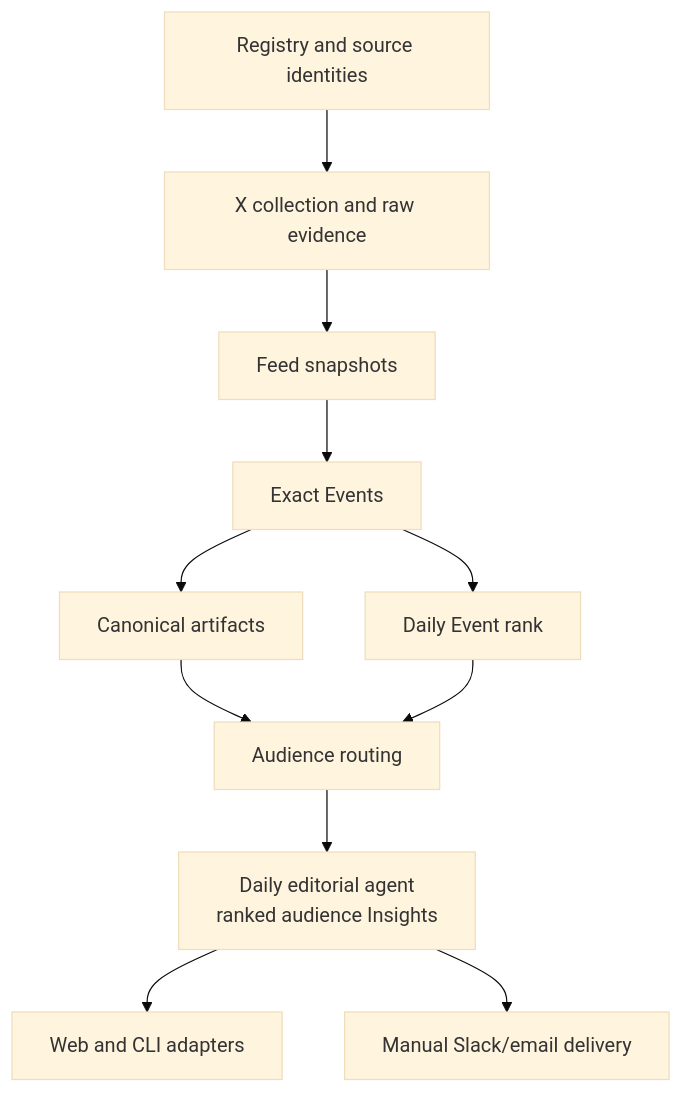
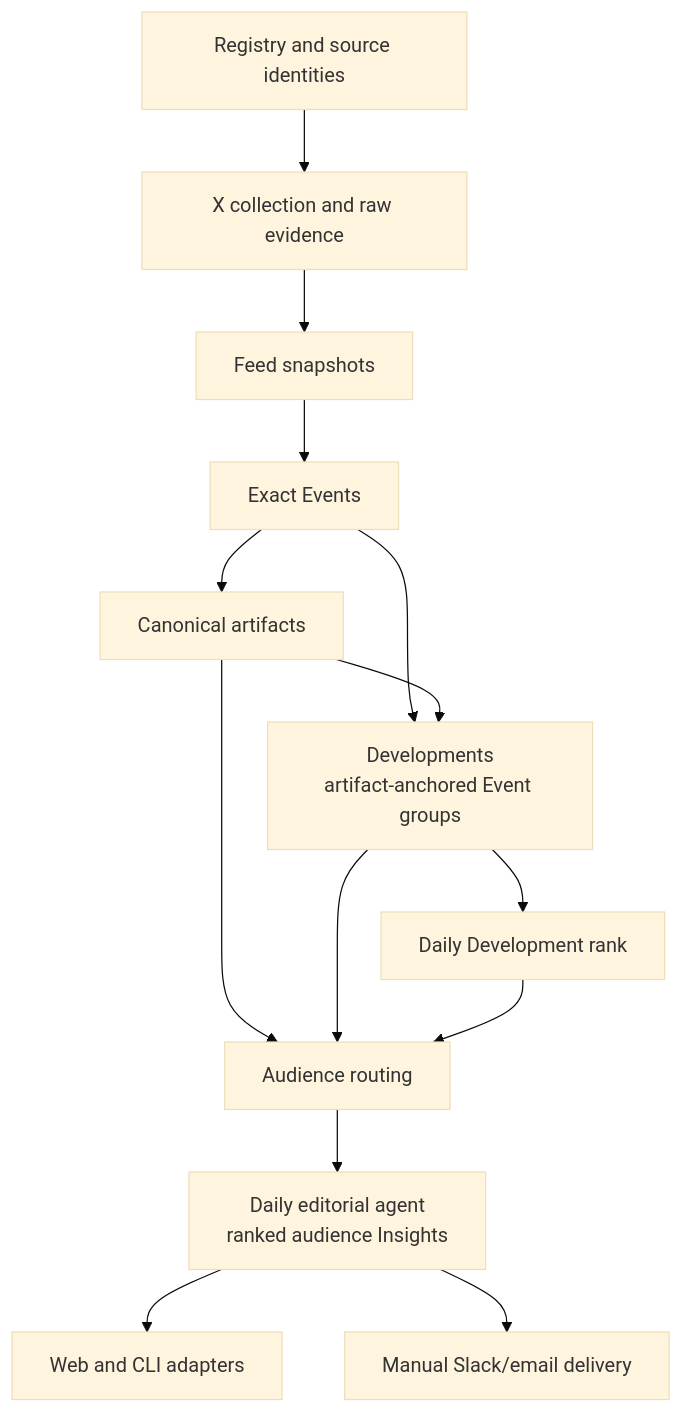
The diagram in docs/architecture/code-map.md (AdithyanI/frontier-lab-intelligence), drawn with Mermaid (base theme) before and after one commit. The commit also changed other lines of this file and 15 other files, not shown here.

````diff
--- a/docs/architecture/code-map.md
+++ b/docs/architecture/code-map.md
@@ -9,13 +9,16 @@
 ```mermaid
 flowchart TD
     R["Registry and source identities"] --> X["X collection and raw evidence"]
     X --> F["Feed snapshots"]
     F --> E["Exact Events"]
     E --> A["Canonical artifacts"]
-    E --> S["Daily Event rank"]
+    E --> V["Developments<br/>artifact-anchored Event groups"]
+    A --> V
+    V --> S["Daily Development rank"]
     A --> U["Audience routing"]
+    V --> U
     S --> U
     U --> I["Daily editorial agent<br/>ranked audience Insights"]
     I --> W["Web and CLI adapters"]
     I --> D["Manual Slack/email delivery"]
 ```
````
